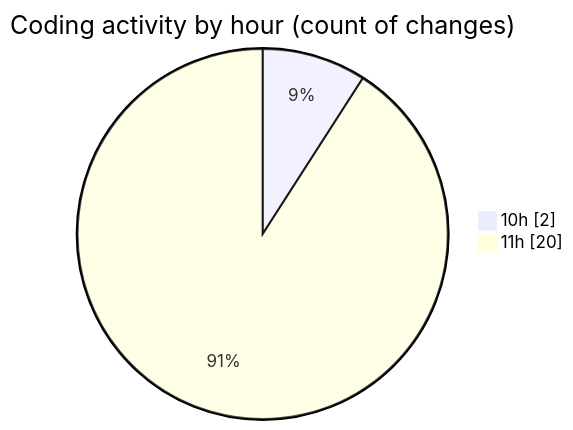
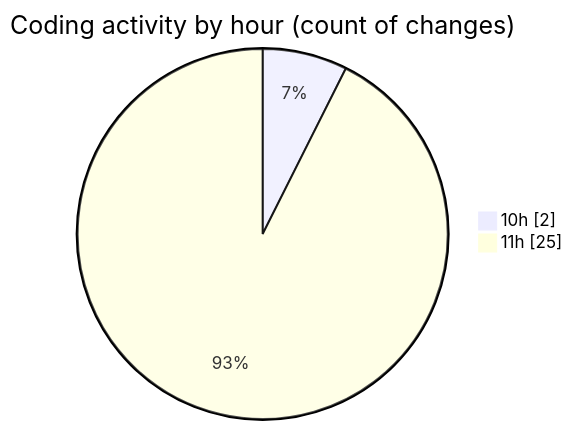
Before and after one commit to nxtqubesakshisongat/code-tracking: the second of 2 diagrams in 2025-07-31/nxtqube_webapp/README.md, drawn with Mermaid. The commit also changed other lines of this file and 1 other file, not shown here.

````diff
--- a/2025-07-31/nxtqube_webapp/README.md
+++ b/2025-07-31/nxtqube_webapp/README.md
@@ -36,6 +37,6 @@
 ```mermaid
 pie showData
 title Coding activity by hour (count of changes)
 "10h" : 2
-"11h" : 20
+"11h" : 25
 ```
````
